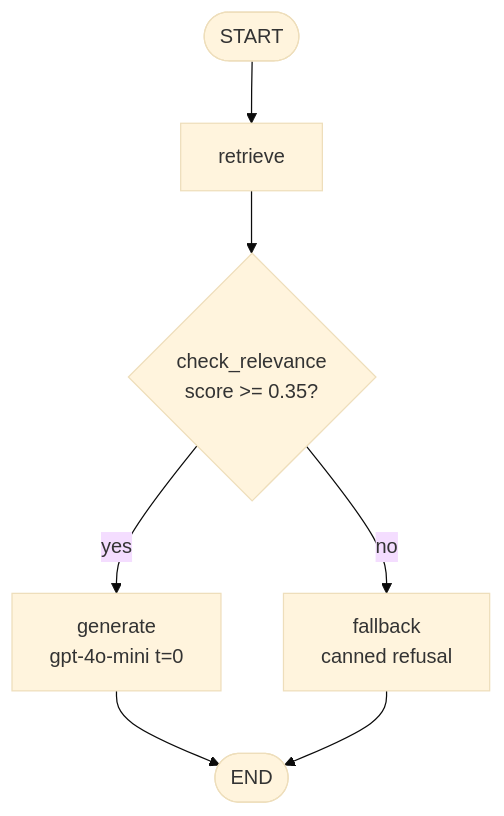
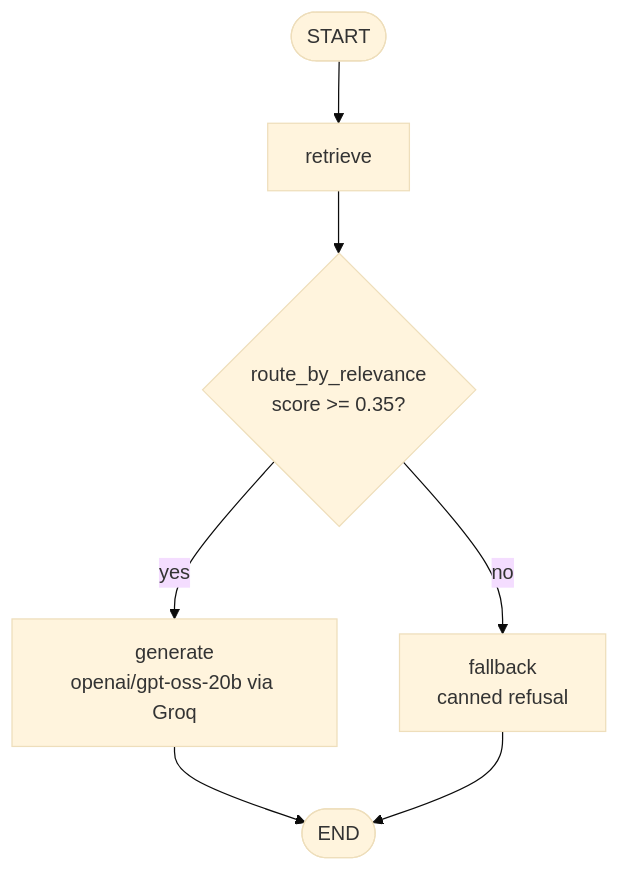
The diagram in README.md (Deepak-vm/appening-assignment), drawn with Mermaid (base theme) before and after one commit. The commit also changed other lines of this file and 1 other file, not shown here.

Commit message:
update README and architecture doc to reflect current stack and schemas

````diff
--- a/README.md
+++ b/README.md
@@ -9,9 +9,9 @@
 ```mermaid
 graph TD
     A([START]) --> B[retrieve]
-    B --> C{check_relevance\nscore >= 0.35?}
-    C -- yes --> D[generate\ngpt-4o-mini t=0]
+    B --> C{route_by_relevance\nscore >= 0.35?}
+    C -- yes --> D[generate\nopenai/gpt-oss-20b via Groq]
     C -- no  --> E[fallback\ncanned refusal]
     D --> F([END])
     E --> F
 ```
````
